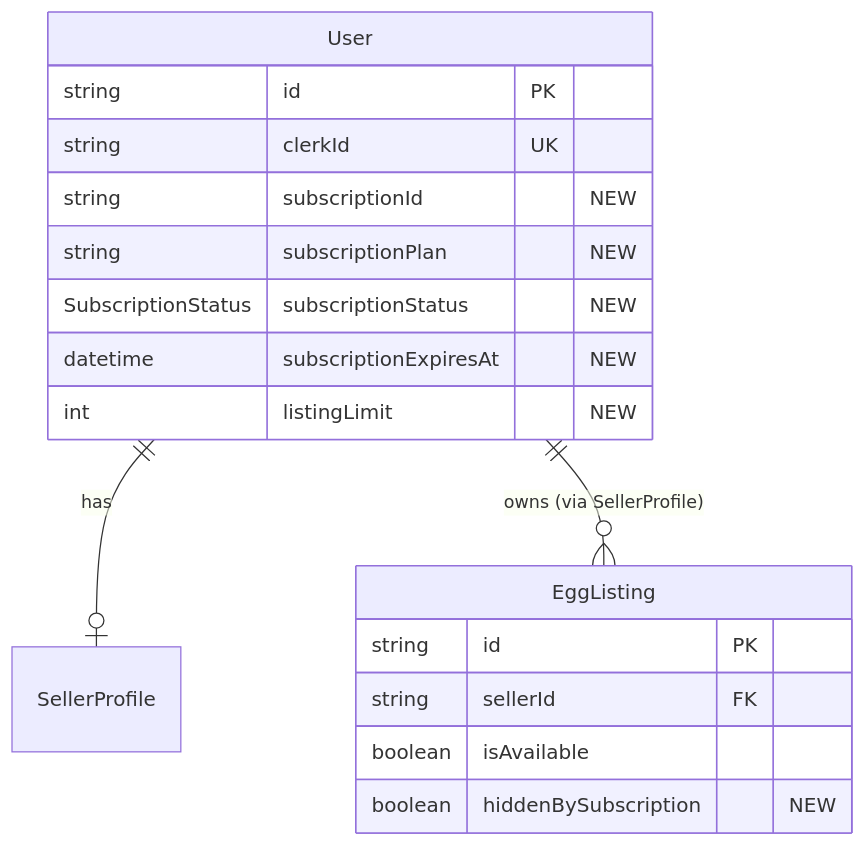
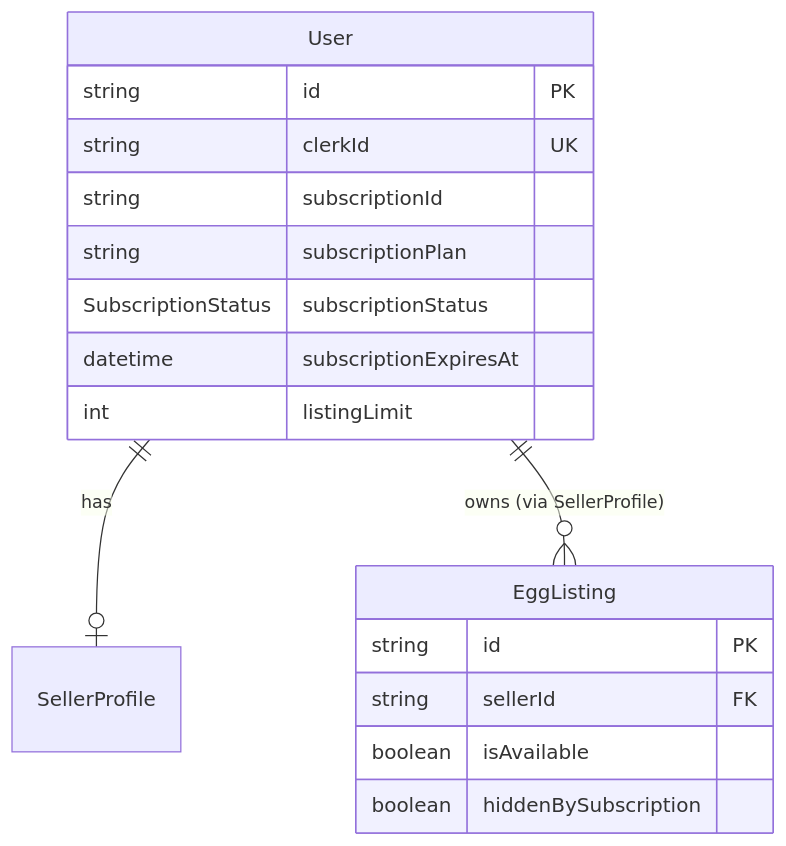
Before and after one commit to cwdcwd/eggbook: the fourth of 4 diagrams in docs/database-schema.md, drawn with Mermaid. The commit also changed other lines of this file and 11 other files, not shown here.

````diff
--- a/docs/database-schema.md
+++ b/docs/database-schema.md
@@ -501,22 +488,22 @@
 ```mermaid
 erDiagram
     User ||--o| SellerProfile : "has"
     User ||--o{ EggListing : "owns (via SellerProfile)"
 
     User {
         string id PK
         string clerkId UK
-        string subscriptionId "NEW"
-        string subscriptionPlan "NEW"
-        SubscriptionStatus subscriptionStatus "NEW"
-        datetime subscriptionExpiresAt "NEW"
-        int listingLimit "NEW"
+        string subscriptionId
+        string subscriptionPlan
+        SubscriptionStatus subscriptionStatus
+        datetime subscriptionExpiresAt
+        int listingLimit
     }
 
     EggListing {
         string id PK
         string sellerId FK
         boolean isAvailable
-        boolean hiddenBySubscription "NEW"
+        boolean hiddenBySubscription
     }
 ```
````
